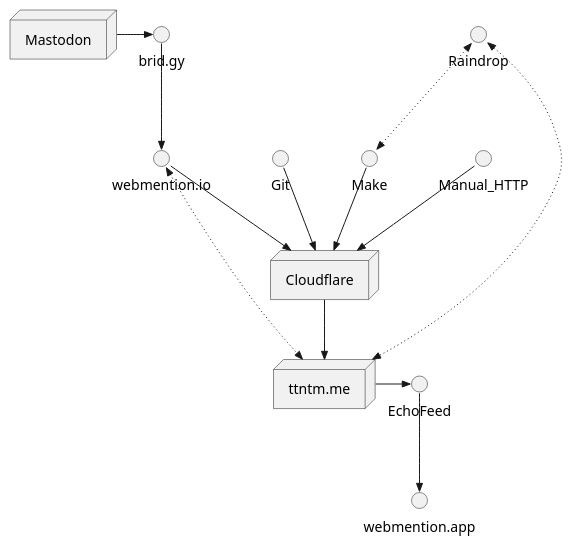
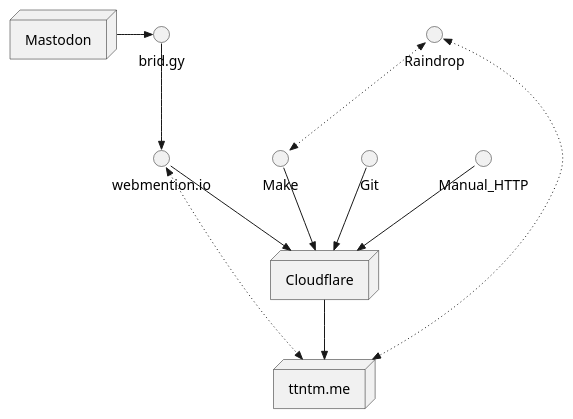
One commit to ttntm/ttntm changed the diagram in docs/architecture.plantuml. Above: the diagram before and after it, drawn with PlantUML. The commit also changed 11 other files, not shown here.

```diff
--- a/docs/architecture.plantuml
+++ b/docs/architecture.plantuml
@@ -1,32 +1,30 @@
 @startuml "Architecture - ttntm.me"
 
 'last update: 2025-02-26
 
 'node setup
   node Cloudflare
   node Mastodon
   node ttntm.me
 
 'ci/cd
   Cloudflare -->> ttntm.me
   Git -->> Cloudflare
   Make -->> Cloudflare
   Manual_HTTP -->> Cloudflare
   webmention.io -->> Cloudflare
 
 'Mastodon
   ' brid.gy -->> Mastodon
   brid.gy -->> webmention.io
   Mastodon -right->> brid.gy
   ' ttntm.me -->> brid.gy
 
 'Raindrop
   Raindrop <<-[dotted]->> Make
   Raindrop <<-[dotted]->> ttntm.me
 
 'Webmentions
-  EchoFeed -->> webmention.app
   webmention.io <<-[dotted]->> ttntm.me
-  ttntm.me -right->> EchoFeed
 
 @enduml
```
